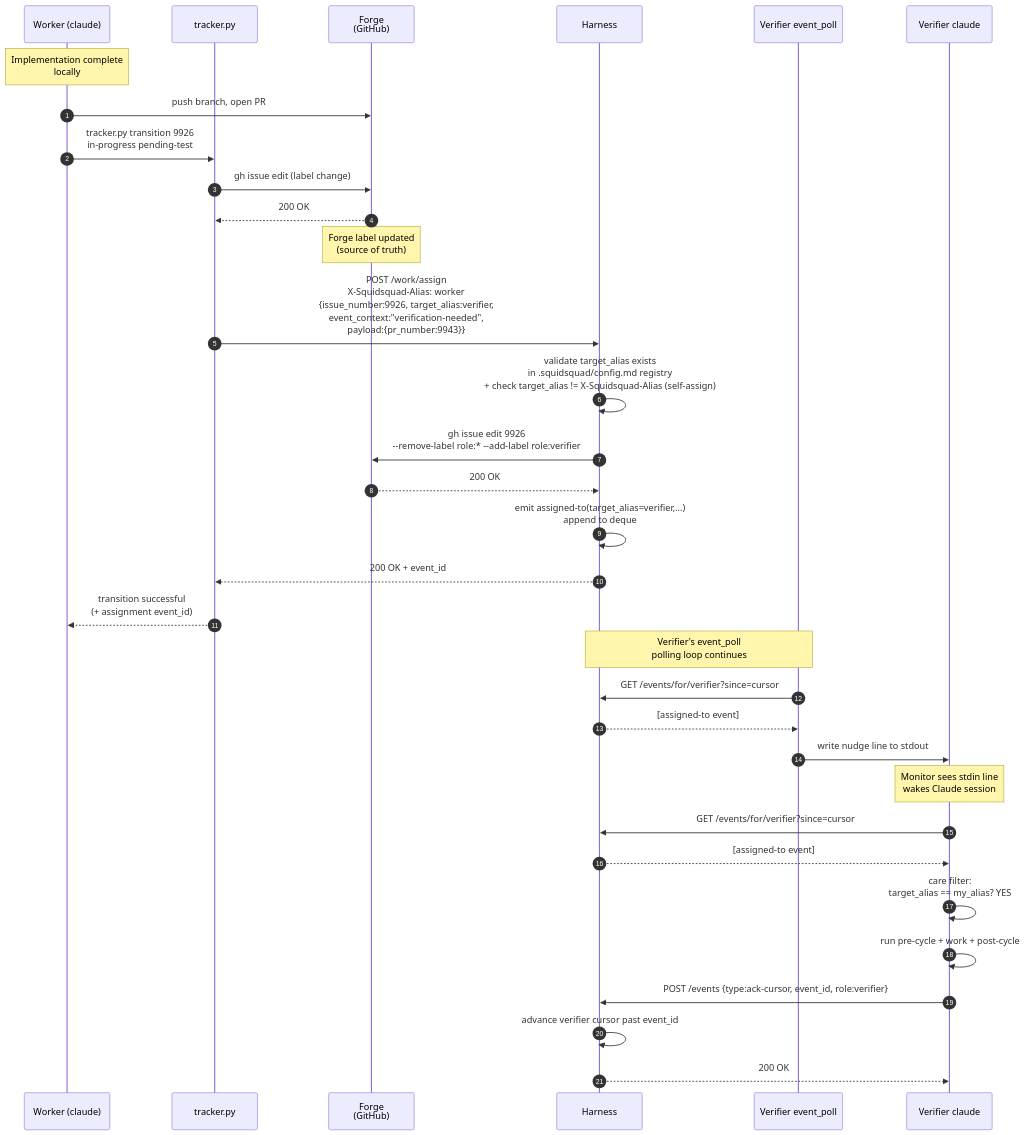
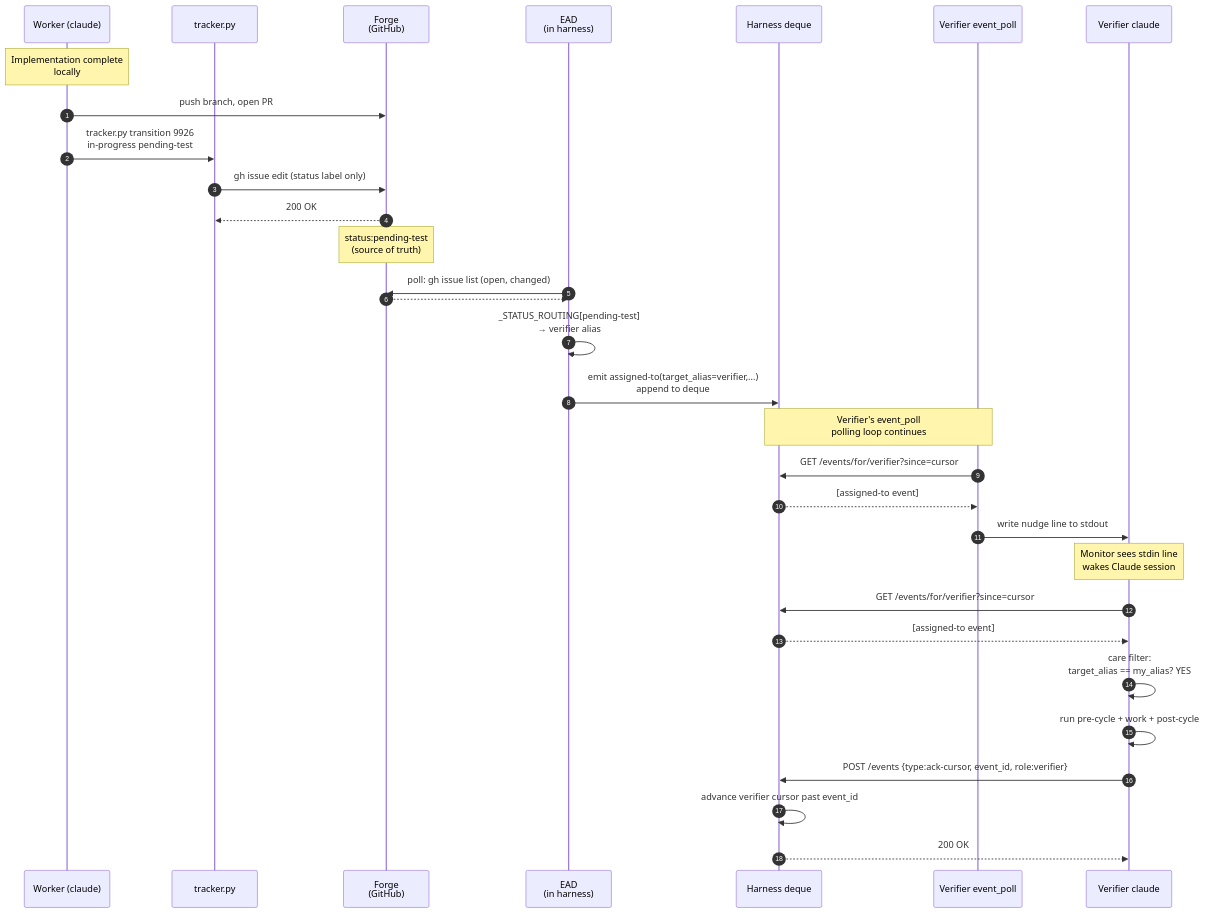
One commit to WallyDoodlez/SquidSquad changed diagram 12 of 15 in docs/AGENT-RUNTIME.md. Above: the diagram before and after it, drawn with Mermaid. The commit also changed other lines of this file and 2 other files, not shown here.

First line of the commit message:
#12495: reconcile docs to as-built /work/assign (AC5)

````diff
--- a/docs/AGENT-RUNTIME.md
+++ b/docs/AGENT-RUNTIME.md
@@ -970,40 +977,34 @@
 ```mermaid
 sequenceDiagram
     autonumber
     participant W as Worker (claude)
     participant TR as tracker.py
     participant F as Forge<br/>(GitHub)
-    participant H as Harness
+    participant EAD as EAD<br/>(in harness)
+    participant H as Harness deque
     participant VEP as Verifier event_poll
     participant VC as Verifier claude
 
     Note over W: Implementation complete<br/>locally
     W->>F: push branch, open PR #9943
-
     W->>TR: tracker.py transition 9926<br/>in-progress pending-test
-    TR->>F: gh issue edit (label change)
+    TR->>F: gh issue edit (status label only)
     F-->>TR: 200 OK
-    Note over F: Forge label updated<br/>(source of truth)
-    TR->>H: POST /work/assign<br/>X-Squidsquad-Alias: worker<br/>{issue_number:9926, target_alias:verifier,<br/>event_context:"verification-needed",<br/>payload:{pr_number:9943}}
-    H->>H: validate target_alias exists<br/>in .squidsquad/config.md registry<br/>+ check target_alias != X-Squidsquad-Alias (self-assign)
-    H->>F: gh issue edit 9926<br/>--remove-label role:* --add-label role:verifier
-    F-->>H: 200 OK
-    H->>H: emit assigned-to(target_alias=verifier,...)<br/>append to deque
-    H-->>TR: 200 OK + event_id
-    TR-->>W: transition successful<br/>(+ assignment event_id)
-
+    Note over F: status:pending-test<br/>(source of truth)
+    EAD->>F: poll: gh issue list (open, changed)
+    F-->>EAD: #9926 status:pending-test
+    EAD->>EAD: _STATUS_ROUTING[pending-test]<br/>→ verifier alias
+    EAD->>H: emit assigned-to(target_alias=verifier,...)<br/>append to deque
     Note over H,VEP: Verifier's event_poll<br/>polling loop continues
-
     VEP->>H: GET /events/for/verifier?since=cursor
     H-->>VEP: [assigned-to event]
     VEP->>VC: write nudge line to stdout
     Note over VC: Monitor sees stdin line<br/>wakes Claude session
-
     VC->>H: GET /events/for/verifier?since=cursor
     H-->>VC: [assigned-to event]
     VC->>VC: care filter:<br/>target_alias == my_alias? YES
     VC->>VC: run pre-cycle + work + post-cycle
     VC->>H: POST /events {type:ack-cursor, event_id, role:verifier}
     H->>H: advance verifier cursor past event_id
     H-->>VC: 200 OK
 ```
````
